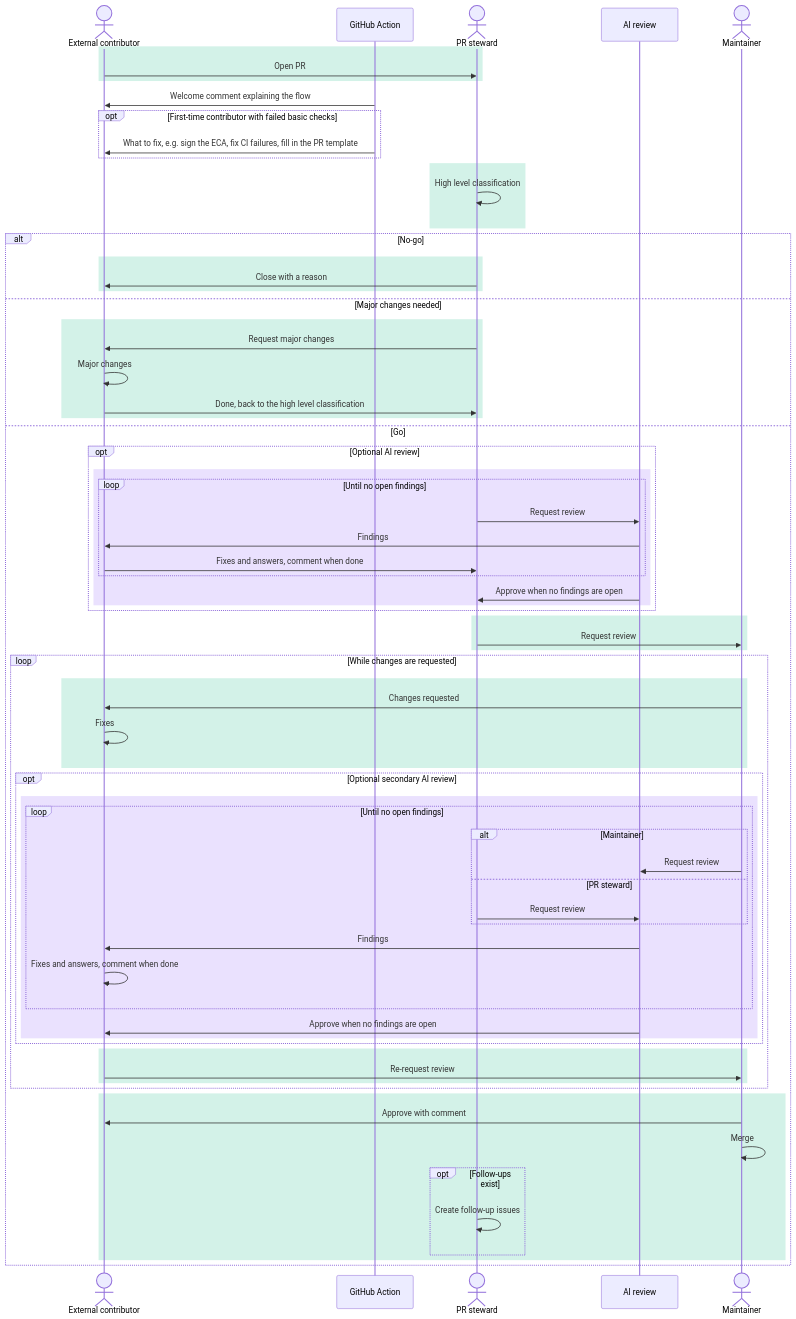
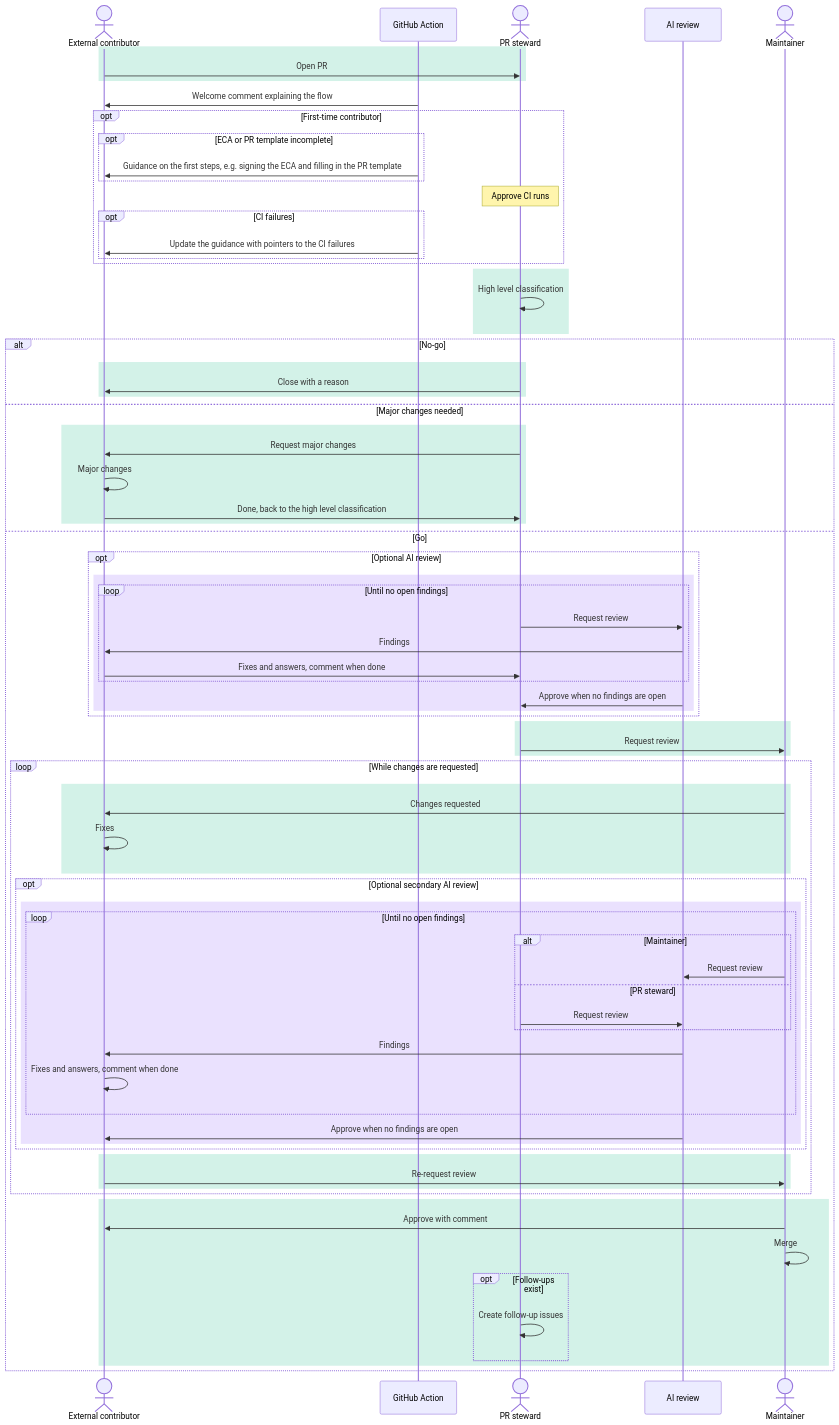
The second of 2 diagrams in doc/pull-requests.md (eclipse-theia/theia), drawn with Mermaid before and after one commit. The commit also changed other lines of this file and 4 other files, not shown here.

First line of the commit message:
dev: address review comments on the review flow

````diff
--- a/doc/pull-requests.md
+++ b/doc/pull-requests.md
@@ -166,73 +166,79 @@
 ```mermaid
 sequenceDiagram
     actor C as External contributor
     participant GH as GitHub Action
     actor S as PR steward
     participant AI as AI review
     actor R as Maintainer
     rect rgba(16, 185, 129, 0.18)
         C->>S: Open PR
     end
     GH->>C: Welcome comment explaining the flow
-    opt First-time contributor with failed basic checks
-        GH->>C: What to fix, e.g. sign the ECA, fix CI failures, fill in the PR template
+    opt First-time contributor
+        opt ECA or PR template incomplete
+            GH->>C: Guidance on the first steps, e.g. signing the ECA and filling in the PR template
+        end
+        Note over S: Approve CI runs
+        opt CI failures
+            GH->>C: Update the guidance with pointers to the CI failures
+        end
     end
     rect rgba(16, 185, 129, 0.18)
         S->>S: High level classification
     end
     alt No-go
         rect rgba(16, 185, 129, 0.18)
             S->>C: Close with a reason
         end
     else Major changes needed
         rect rgba(16, 185, 129, 0.18)
             S->>C: Request major changes
             C->>C: Major changes
             C->>S: Done, back to the high level classification
         end
     else Go
         opt Optional AI review
             rect rgba(139, 92, 246, 0.18)
                 loop Until no open findings
                     S->>AI: Request review
                     AI->>C: Findings
                     C->>S: Fixes and answers, comment when done
                 end
                 AI->>S: Approve when no findings are open
             end
         end
         rect rgba(16, 185, 129, 0.18)
             S->>R: Request review
         end
         loop While changes are requested
             rect rgba(16, 185, 129, 0.18)
                 R->>C: Changes requested
                 C->>C: Fixes
             end
             opt Optional secondary AI review
                 rect rgba(139, 92, 246, 0.18)
                     loop Until no open findings
                         alt Maintainer
                             R->>AI: Request review
                         else PR steward
                             S->>AI: Request review
                         end
                         AI->>C: Findings
                         C->>C: Fixes and answers, comment when done
                     end
                     AI->>C: Approve when no findings are open
                 end
             end
             rect rgba(16, 185, 129, 0.18)
                 C->>R: Re-request review
             end
         end
         rect rgba(16, 185, 129, 0.18)
             R->>C: Approve with comment
             R->>R: Merge
             opt Follow-ups exist
                 S->>S: Create follow-up issues
             end
         end
     end
 ```
````
